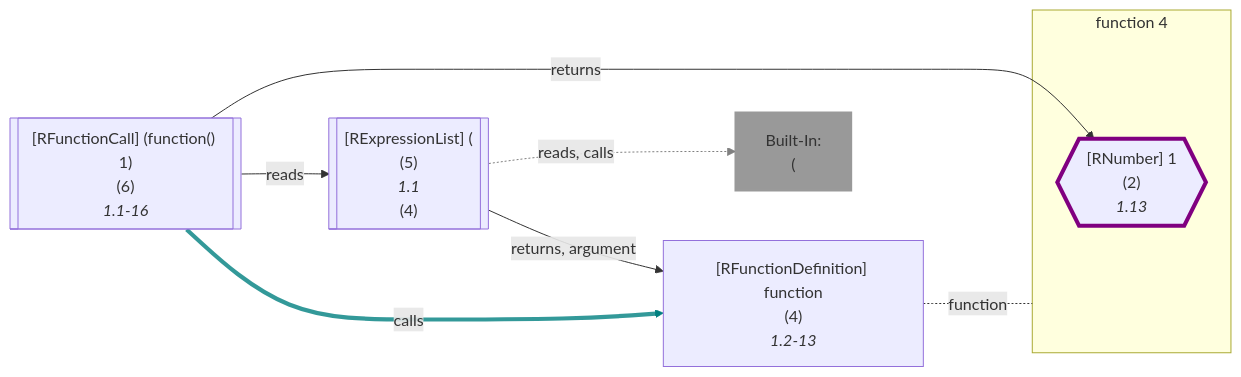
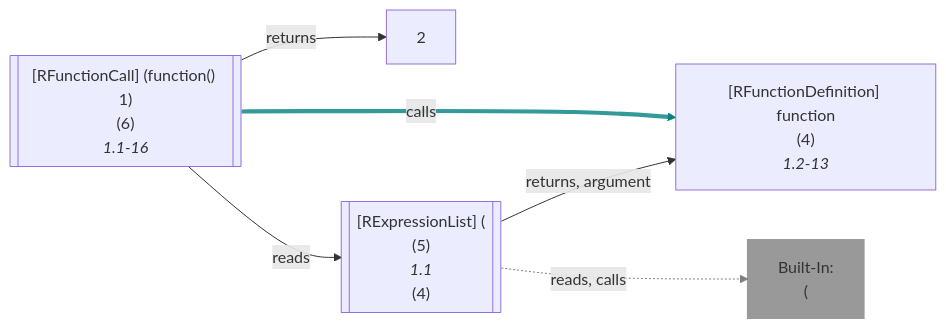
Before and after one commit to flowr-analysis/flowr: diagram 15 of 54 in wiki/Dataflow Graph.md, drawn with Mermaid. The commit also changed other lines of this file and 7 other files, not shown here.

Commit message:
[skip ci] doc: update generated wiki pages (wiki/Search API.md,wiki/Query API.md,wiki/Control Flow Graph.md,wiki/Core.md,wiki/Interface.md,wiki/Dataflow Graph.md,wiki/Linting and Testing.md,README.md)

````diff
--- a/wiki/Dataflow Graph.md
+++ b/wiki/Dataflow Graph.md
@@ -2266,32 +2163,24 @@
 ```mermaid
 flowchart LR
     4["`#91;RFunctionDefinition#93; function
       (4)
       *1.2-13*`"]
-
-subgraph "flow-4" [function 4]
-    2{{"`#91;RNumber#93; 1
-      (2)
-      *1.13*`"}}
-    style 2 stroke:purple,stroke-width:4px; 
-end
+   %% No edges found for 4
     5[["`#91;RExpressionList#93; (
       (5)
       *1.1*
     (4)`"]]
     built-in:_["`Built-In:
 (`"]
     style built-in:_ stroke:gray,fill:gray,stroke-width:2px,opacity:.8;
     6[["`#91;RFunctionCall#93; (function() 1)
       (6)
       *1.1-16*`"]]
-4 -.-|function| flow-4
-
     5 -->|"returns, argument"| 4
     5 -.->|"reads, calls"| built-in:_
-    linkStyle 2 stroke:gray;
+    linkStyle 1 stroke:gray;
     6 -->|"reads"| 5
     6 -->|"returns"| 2
     6 -->|"calls"| 4
-    linkStyle 5 stroke:teal,stroke-width:4.2px,stroke-opacity:.8
+    linkStyle 4 stroke:teal,stroke-width:4.2px,stroke-opacity:.8
 ```
````
